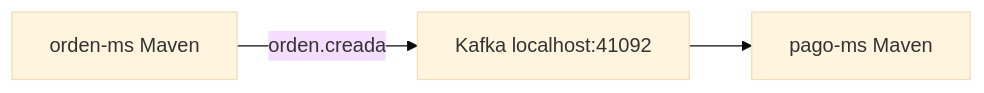
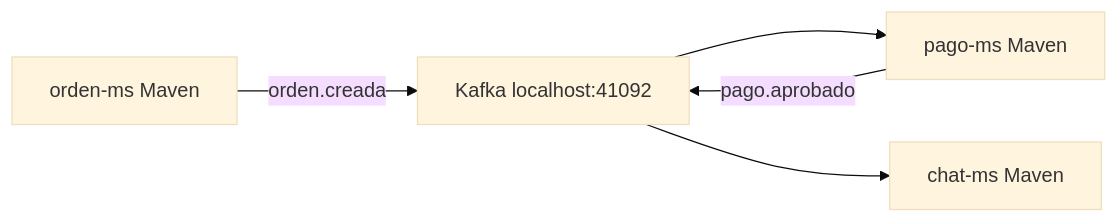
Before and after one commit to erickmijael17/SmartCampus-Marketplace: the first of 2 diagrams in docs/sesiones/s08-kafka-eventos.md, drawn with Mermaid (base theme). The commit also changed other lines of this file and 23 other files, not shown here.

Commit message:
docs: update frontend and payment flows

````diff
--- a/docs/sesiones/s08-kafka-eventos.md
+++ b/docs/sesiones/s08-kafka-eventos.md
@@ -46,7 +46,9 @@
 ```mermaid
 flowchart LR
     Orden["orden-ms Maven"]
     Kafka["Kafka localhost:41092"]
     Pago["pago-ms Maven"]
+    Chat["chat-ms Maven"]
     Orden -->|"orden.creada"| Kafka --> Pago
+    Pago -->|"pago.aprobado"| Kafka --> Chat
 ```
````
